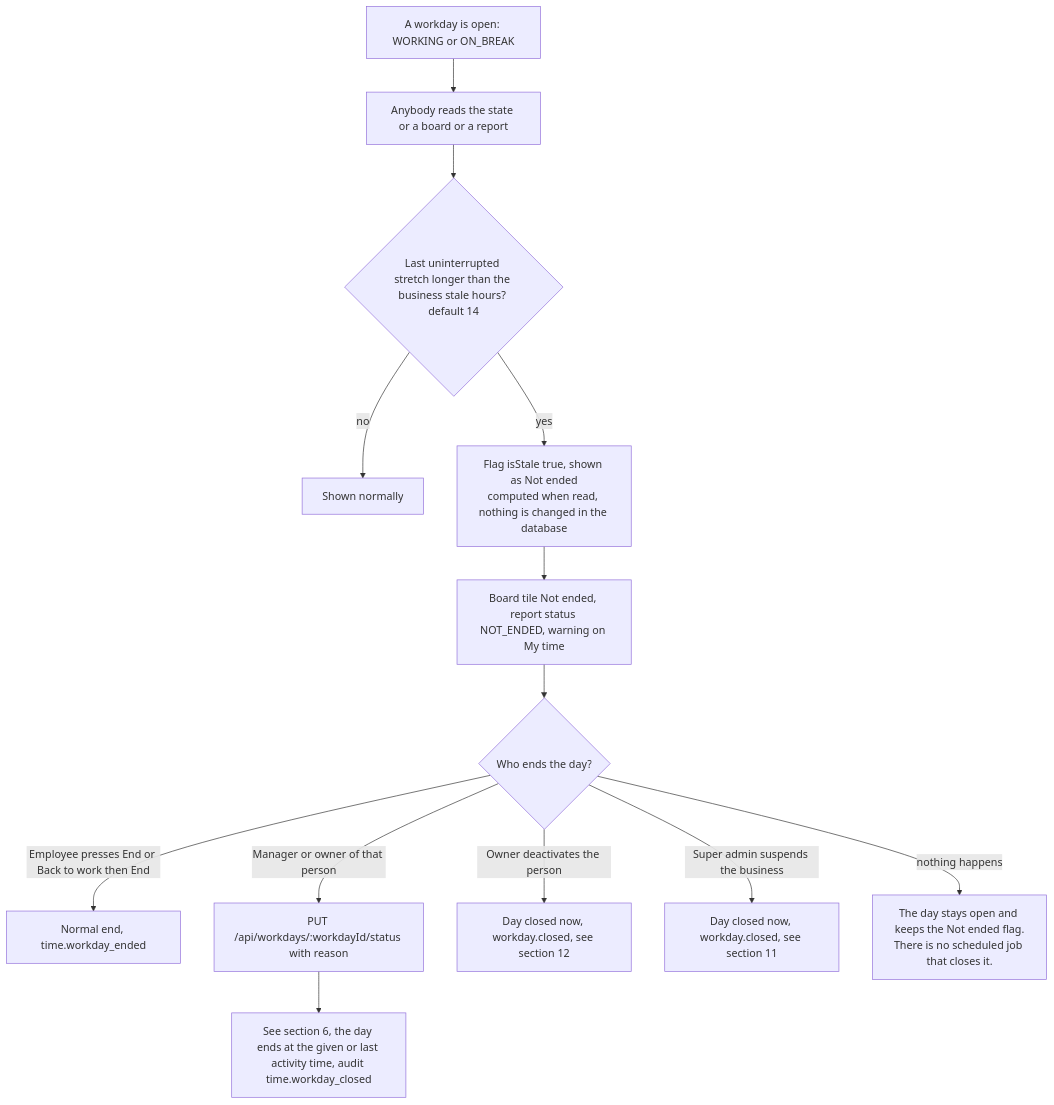
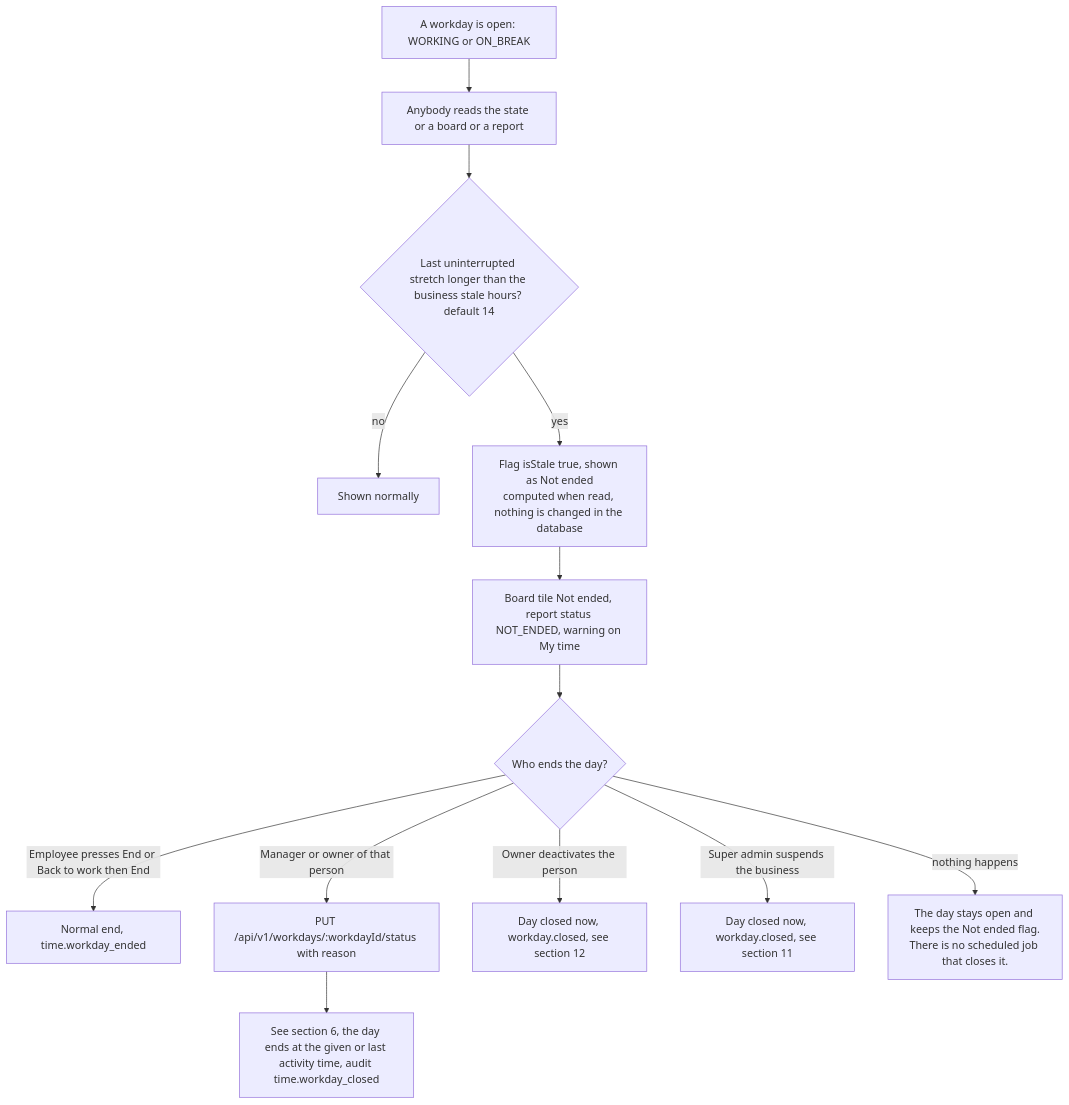
Before and after one commit to amitjurislpo/juris-track: the sixth of 21 diagrams in references/FLOW-JurisTrack.md, drawn with Mermaid. The commit also changed other lines of this file and 100 other files, not shown here.

````diff
--- a/references/FLOW-JurisTrack.md
+++ b/references/FLOW-JurisTrack.md
@@ -222,15 +222,15 @@
 ```mermaid
 flowchart TD
     A["A workday is open: WORKING or ON_BREAK"] --> B["Anybody reads the state or a board or a report"]
     B --> C{"Last uninterrupted stretch longer than the business stale hours? default 14"}
     C -->|"no"| D["Shown normally"]
     C -->|"yes"| E["Flag isStale true, shown as Not ended<br/>computed when read, nothing is changed in the database"]
     E --> F["Board tile Not ended, report status NOT_ENDED, warning on My time"]
     F --> G{"Who ends the day?"}
     G -->|"Employee presses End or Back to work then End"| H["Normal end, time.workday_ended"]
-    G -->|"Manager or owner of that person"| I["PUT /api/workdays/:workdayId/status with reason"]
+    G -->|"Manager or owner of that person"| I["PUT /api/v1/workdays/:workdayId/status with reason"]
     I --> I2["See section 6, the day ends at the given or last activity time, audit time.workday_closed"]
     G -->|"Owner deactivates the person"| J["Day closed now, workday.closed, see section 12"]
     G -->|"Super admin suspends the business"| K["Day closed now, workday.closed, see section 11"]
     G -->|"nothing happens"| L["The day stays open and keeps the Not ended flag.<br/>There is no scheduled job that closes it."]
 ```
````
